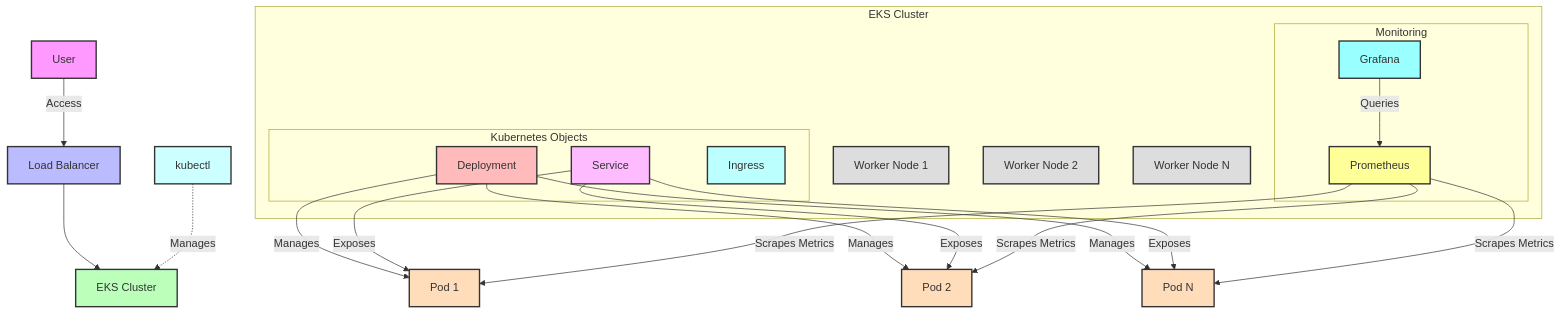
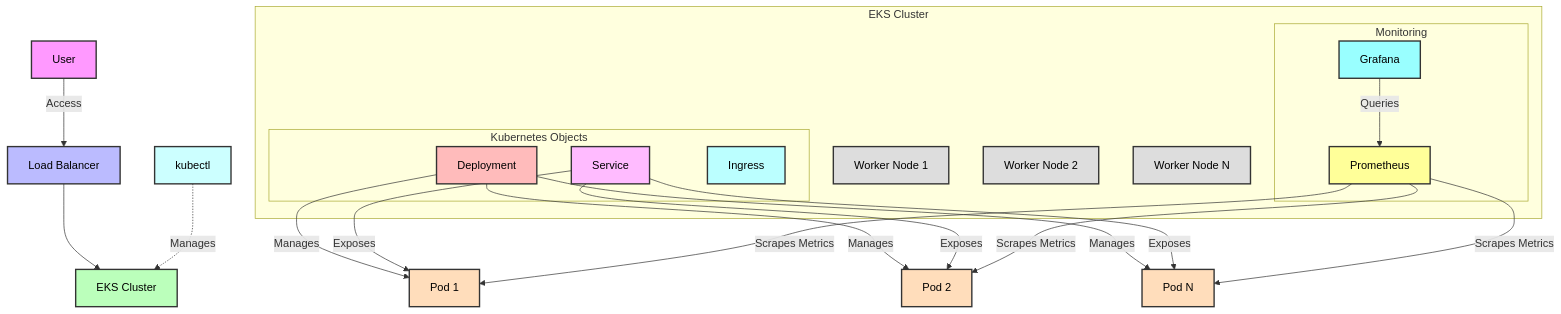
One commit to taimax13/platform-tool changed the fourth of 4 diagrams in README.md. Above: the diagram before and after it, drawn with Mermaid.

````diff
--- a/README.md
+++ b/README.md
@@ -427,54 +427,55 @@
 ```mermaid
 graph TD
     A[User] -->|Access| B[Load Balancer]
     B --> C[EKS Cluster]
     
     subgraph "EKS Cluster"
         D[Worker Node 1]
         E[Worker Node 2]
         F[Worker Node N]
         
         subgraph "Kubernetes Objects"
             G[Deployment]
             H[Service]
             I[Ingress]
         end
         
         subgraph "Monitoring"
             J[Prometheus]
             K[Grafana]
         end
     end
     
     G -->|Manages| L[Pod 1]
     G -->|Manages| M[Pod 2]
     G -->|Manages| N[Pod N]
     
     H -->|Exposes| L
     H -->|Exposes| M
     H -->|Exposes| N
     
     J -->|Scrapes Metrics| L
     J -->|Scrapes Metrics| M
     J -->|Scrapes Metrics| N
     
     K -->|Queries| J
     
     O[kubectl] -.->|Manages| C
     
-    style A fill:#f9f,stroke:#333,stroke-width:2px
-    style B fill:#bbf,stroke:#333,stroke-width:2px
-    style C fill:#bfb,stroke:#333,stroke-width:2px
-    style D fill:#ddd,stroke:#333,stroke-width:2px
-    style E fill:#ddd,stroke:#333,stroke-width:2px
-    style F fill:#ddd,stroke:#333,stroke-width:2px
-    style G fill:#fbb,stroke:#333,stroke-width:2px
-    style H fill:#fbf,stroke:#333,stroke-width:2px
-    style I fill:#bff,stroke:#333,stroke-width:2px
-    style J fill:#ff9,stroke:#333,stroke-width:2px
-    style K fill:#9ff,stroke:#333,stroke-width:2px
-    style L fill:#fdb,stroke:#333,stroke-width:2px
-    style M fill:#fdb,stroke:#333,stroke-width:2px
-    style N fill:#fdb,stroke:#333,stroke-width:2px
-    style O fill:#cff,stroke:#333,stroke-width:2px
+    style A fill:#f9f,stroke:#333,stroke-width:2px,color:#000
+    style B fill:#bbf,stroke:#333,stroke-width:2px,color:#000
+    style C fill:#bfb,stroke:#333,stroke-width:2px,color:#000
+    style D fill:#ddd,stroke:#333,stroke-width:2px,color:#000
+    style E fill:#ddd,stroke:#333,stroke-width:2px,color:#000
+    style F fill:#ddd,stroke:#333,stroke-width:2px,color:#000
+    style G fill:#fbb,stroke:#333,stroke-width:2px,color:#000
+    style H fill:#fbf,stroke:#333,stroke-width:2px,color:#000
+    style I fill:#bff,stroke:#333,stroke-width:2px,color:#000
+    style J fill:#ff9,stroke:#333,stroke-width:2px,color:#000
+    style K fill:#9ff,stroke:#333,stroke-width:2px,color:#000
+    style L fill:#fdb,stroke:#333,stroke-width:2px,color:#000
+    style M fill:#fdb,stroke:#333,stroke-width:2px,color:#000
+    style N fill:#fdb,stroke:#333,stroke-width:2px,color:#000
+    style O fill:#cff,stroke:#333,stroke-width:2px,color:#000
+
 ```
````
